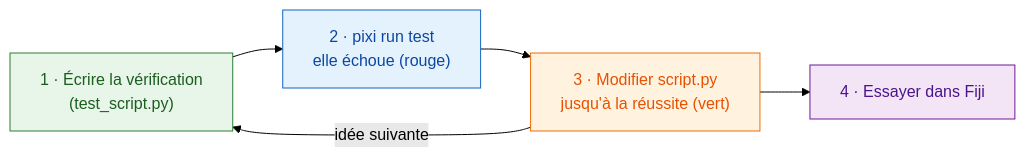
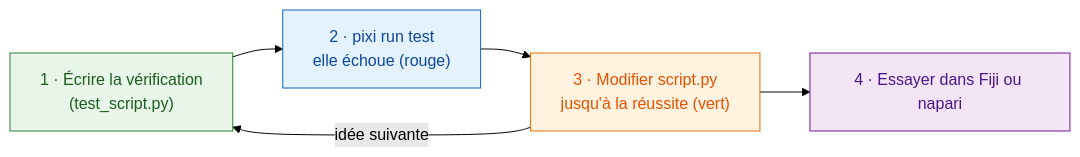
One commit to Oxford-Zeiss-Centre-of-Excellence/Wavu changed the diagram in guide/write/test-without-fiji.fr.md. Above: the diagram before and after it, drawn with Mermaid (forest theme). The commit also changed other lines of this file and 70 other files, not shown here.

````diff
--- a/guide/write/test-without-fiji.fr.md
+++ b/guide/write/test-without-fiji.fr.md
@@ -21,14 +23,14 @@
 ```mermaid
 flowchart LR
     T["1 · Écrire la vérification<br/>(test_script.py)"]:::worker
     R["2 · pixi run test<br/>elle échoue (rouge)"]:::fiji
     S["3 · Modifier script.py<br/>jusqu'à la réussite (vert)"]:::script
-    F["4 · Essayer dans Fiji"]:::env
+    F["4 · Essayer dans Fiji ou napari"]:::env
     T --> R --> S --> F
     S -- "idée suivante" --> T
 
     classDef fiji   fill:#e3f2fd,stroke:#1565c0,color:#0d47a1
     classDef worker fill:#e8f5e9,stroke:#2e7d32,color:#1b5e20
     classDef script fill:#fff3e0,stroke:#ef6c00,color:#e65100
     classDef env    fill:#f3e5f5,stroke:#6a1b9a,color:#4a148c
 ```
````
